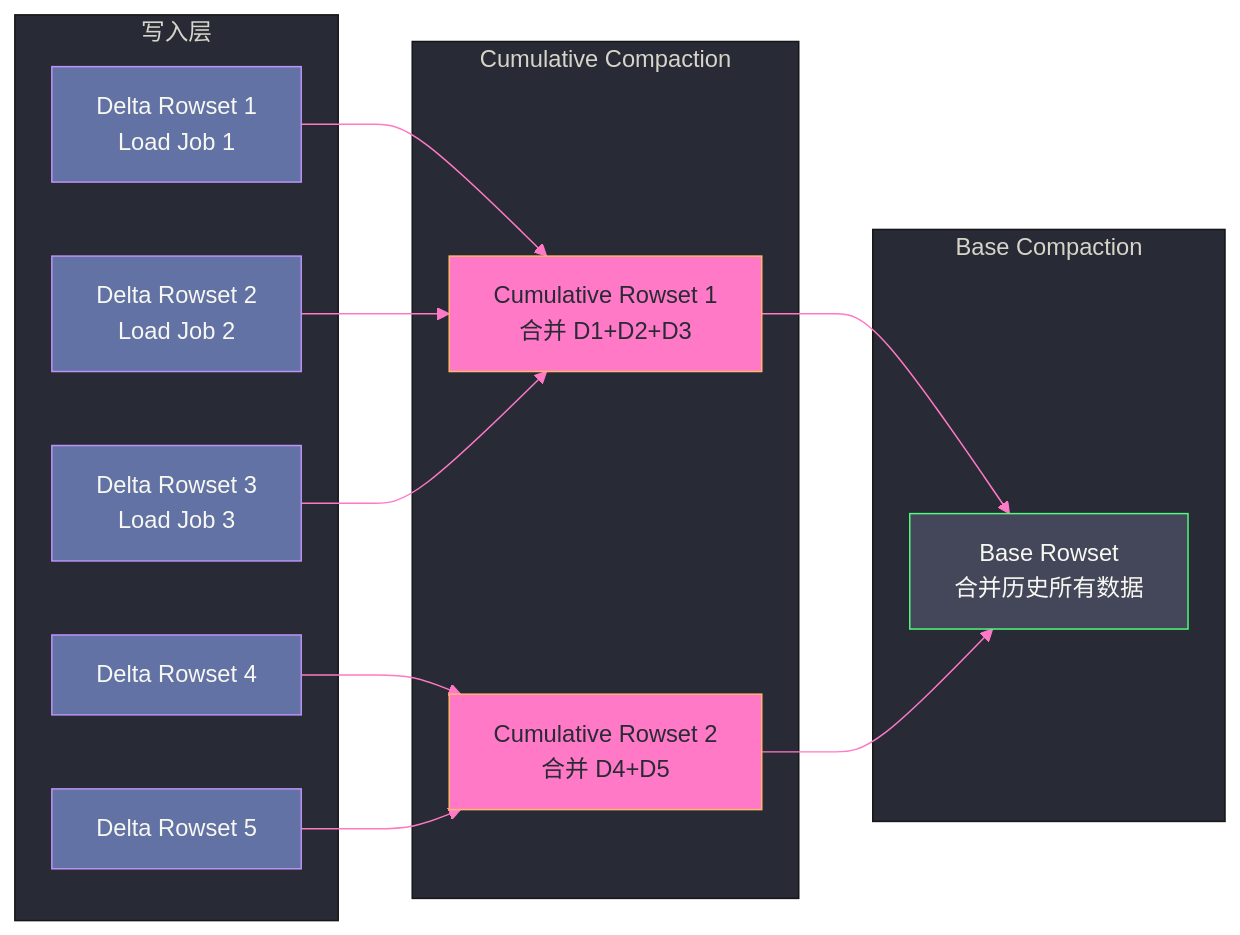
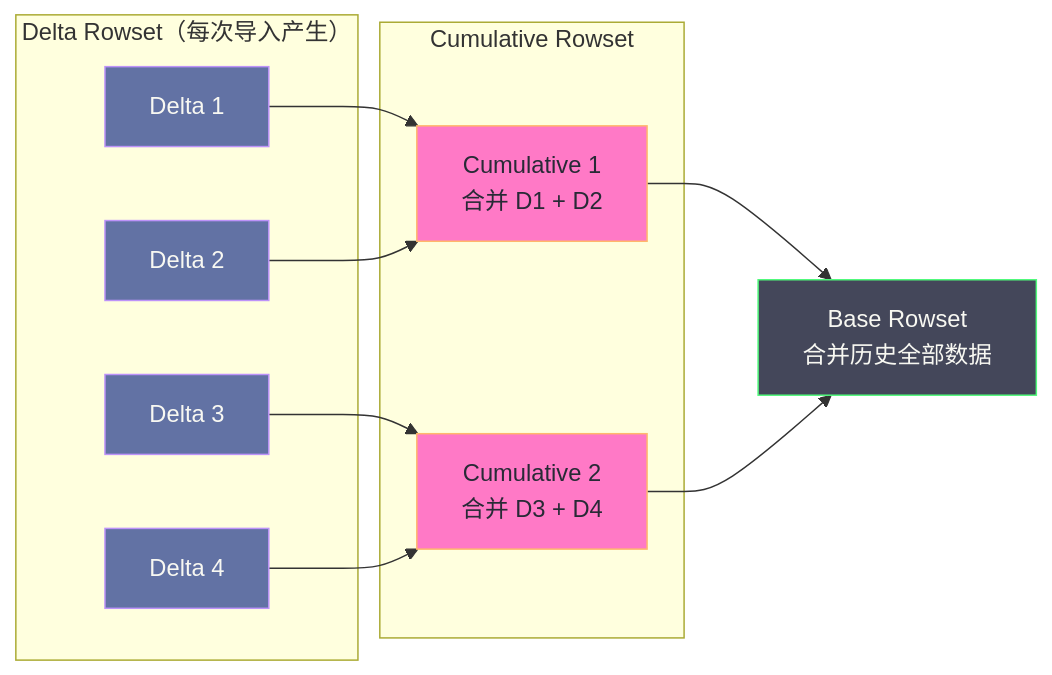
The third of 3 diagrams in content/中间件/Doris/02 Doris 存储引擎——Tablet、Rowset 与 Compaction.md (hpliStartAgain/my-brain), drawn with Mermaid before and after one commit. The commit also changed other lines of this file and 56 other files, not shown here.

````diff
--- a/content/中间件/Doris/02 Doris 存储引擎——Tablet、Rowset 与 Compaction.md
+++ b/content/中间件/Doris/02 Doris 存储引擎——Tablet、Rowset 与 Compaction.md
@@ -186,35 +316,28 @@
 ```mermaid
-%%{init: {'theme': 'base', 'themeVariables': {'primaryColor': '#6272a4', 'primaryTextColor': '#f8f8f2', 'primaryBorderColor': '#bd93f9', 'lineColor': '#ff79c6', 'secondaryColor': '#44475a', 'tertiaryColor': '#282a36'}}}%%
+%%{init: {'theme': 'dracula'}}%%
 graph LR
-    subgraph "写入层"
-        D1["Delta Rowset 1</br>Load Job 1"]
-        D2["Delta Rowset 2</br>Load Job 2"]
-        D3["Delta Rowset 3</br>Load Job 3"]
-        D4["Delta Rowset 4"]
-        D5["Delta Rowset 5"]
+    subgraph D["Delta Rowset（每次导入产生）"]
+        D1["Delta 1"]
+        D2["Delta 2"]
+        D3["Delta 3"]
+        D4["Delta 4"]
     end
-
-    subgraph "Cumulative Compaction"
-        C1["Cumulative Rowset 1</br>合并 D1+D2+D3"]
-        C2["Cumulative Rowset 2</br>合并 D4+D5"]
+    subgraph C["Cumulative Rowset"]
+        C1["Cumulative 1<br/>合并 D1 + D2"]
+        C2["Cumulative 2<br/>合并 D3 + D4"]
     end
-
-    subgraph "Base Compaction"
-        B["Base Rowset</br>合并历史所有数据"]
-    end
-
+    B["Base Rowset<br/>合并历史全部数据"]
     D1 --> C1
     D2 --> C1
-    D3 --> C1
+    D3 --> C2
     D4 --> C2
-    D5 --> C2
     C1 --> B
     C2 --> B
 
     classDef delta fill:#6272a4,stroke:#bd93f9,color:#f8f8f2
-    classDef cumulative fill:#ff79c6,stroke:#ffb86c,color:#282a36
+    classDef cum fill:#ff79c6,stroke:#ffb86c,color:#282a36
     classDef base fill:#44475a,stroke:#50fa7b,color:#f8f8f2
-    class D1,D2,D3,D4,D5 delta
-    class C1,C2 cumulative
+    class D1,D2,D3,D4 delta
+    class C1,C2 cum
     class B base
 ```
````
